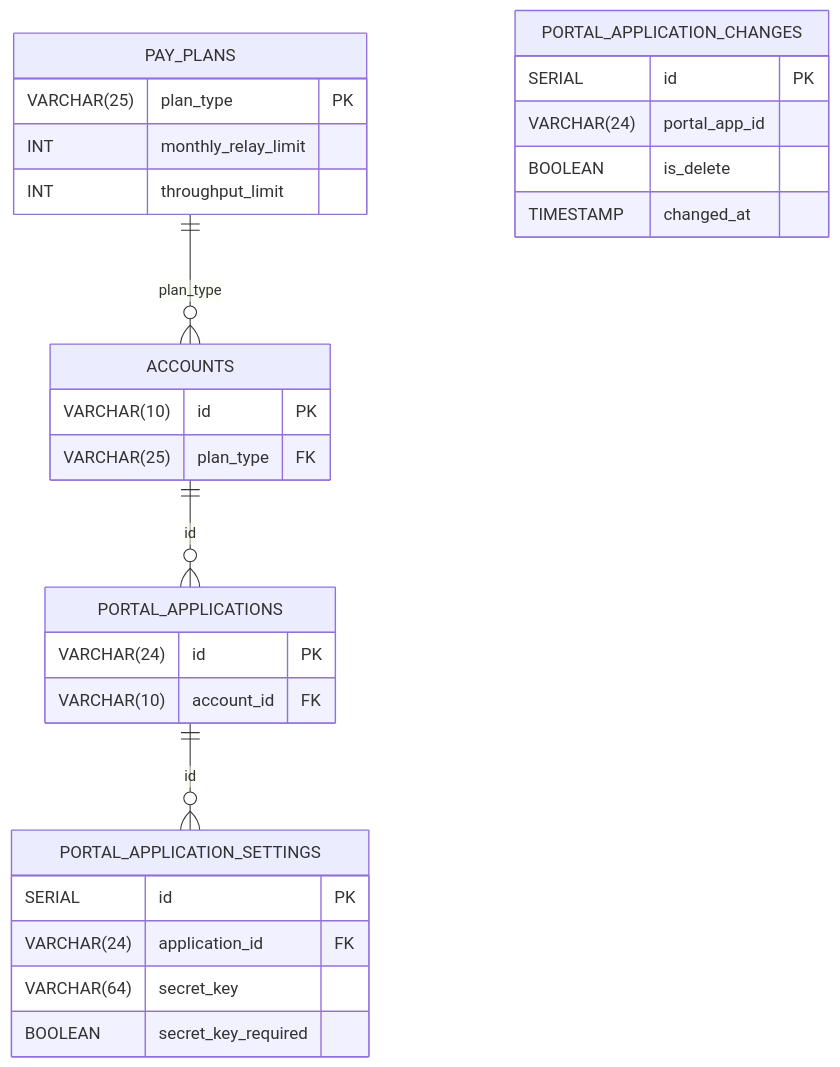
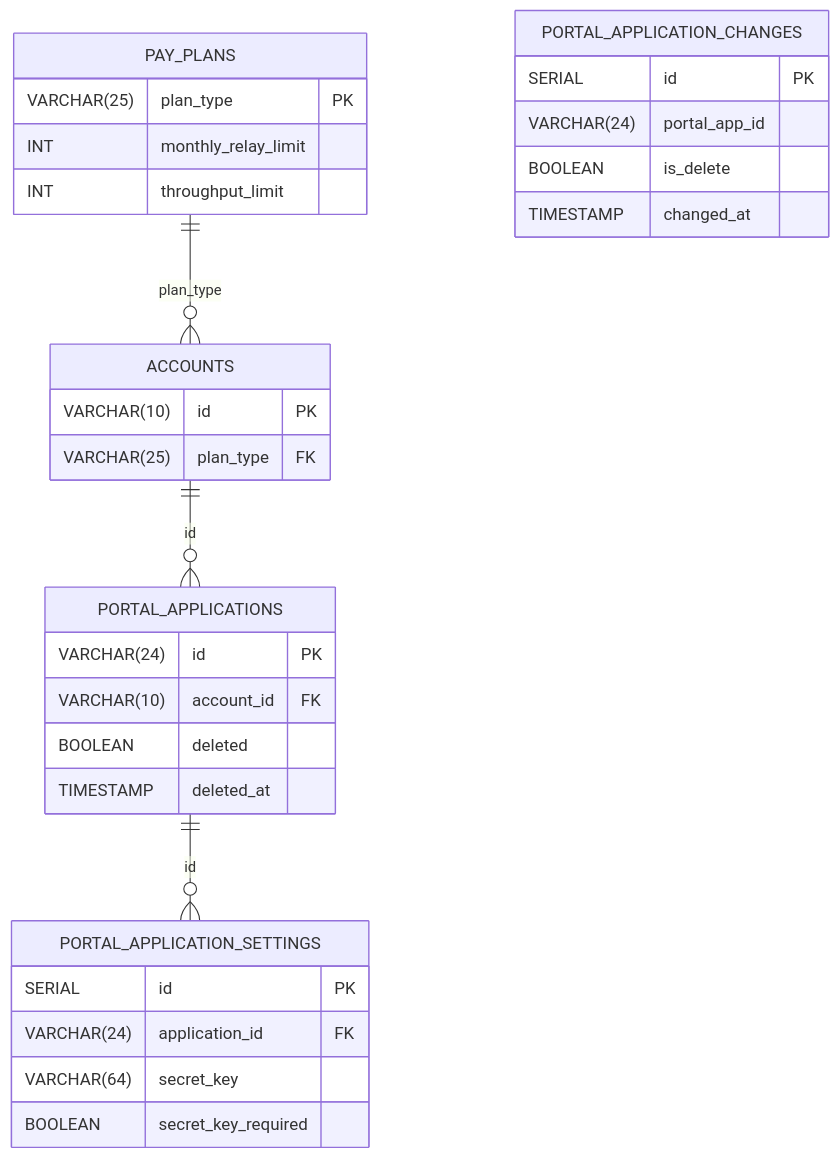
The diagram in postgres/grove/README.md (buildwithgrove/path-auth-data-server), drawn with Mermaid before and after one commit.

Commit message:
chore: add deleted and deleted_at to readme ERD

````diff
--- a/postgres/grove/README.md
+++ b/postgres/grove/README.md
@@ -37,36 +37,38 @@
 ```mermaid
 erDiagram
     PAY_PLANS {
         VARCHAR(25) plan_type PK
         INT monthly_relay_limit
         INT throughput_limit
     }
 
     ACCOUNTS {
         VARCHAR(10) id PK
         VARCHAR(25) plan_type FK
     }
 
     PORTAL_APPLICATIONS {
         VARCHAR(24) id PK
         VARCHAR(10) account_id FK
+        BOOLEAN deleted
+        TIMESTAMP deleted_at
     }
 
     PORTAL_APPLICATION_SETTINGS {
         SERIAL id PK
         VARCHAR(24) application_id FK
         VARCHAR(64) secret_key
         BOOLEAN secret_key_required
     }
 
     PORTAL_APPLICATION_CHANGES {
         SERIAL id PK
         VARCHAR(24) portal_app_id
         BOOLEAN is_delete
         TIMESTAMP changed_at
     }
 
     PAY_PLANS ||--o{ ACCOUNTS : "plan_type"
     ACCOUNTS ||--o{ PORTAL_APPLICATIONS : "id"
     PORTAL_APPLICATIONS ||--o{ PORTAL_APPLICATION_SETTINGS : "id"
 ```
````
